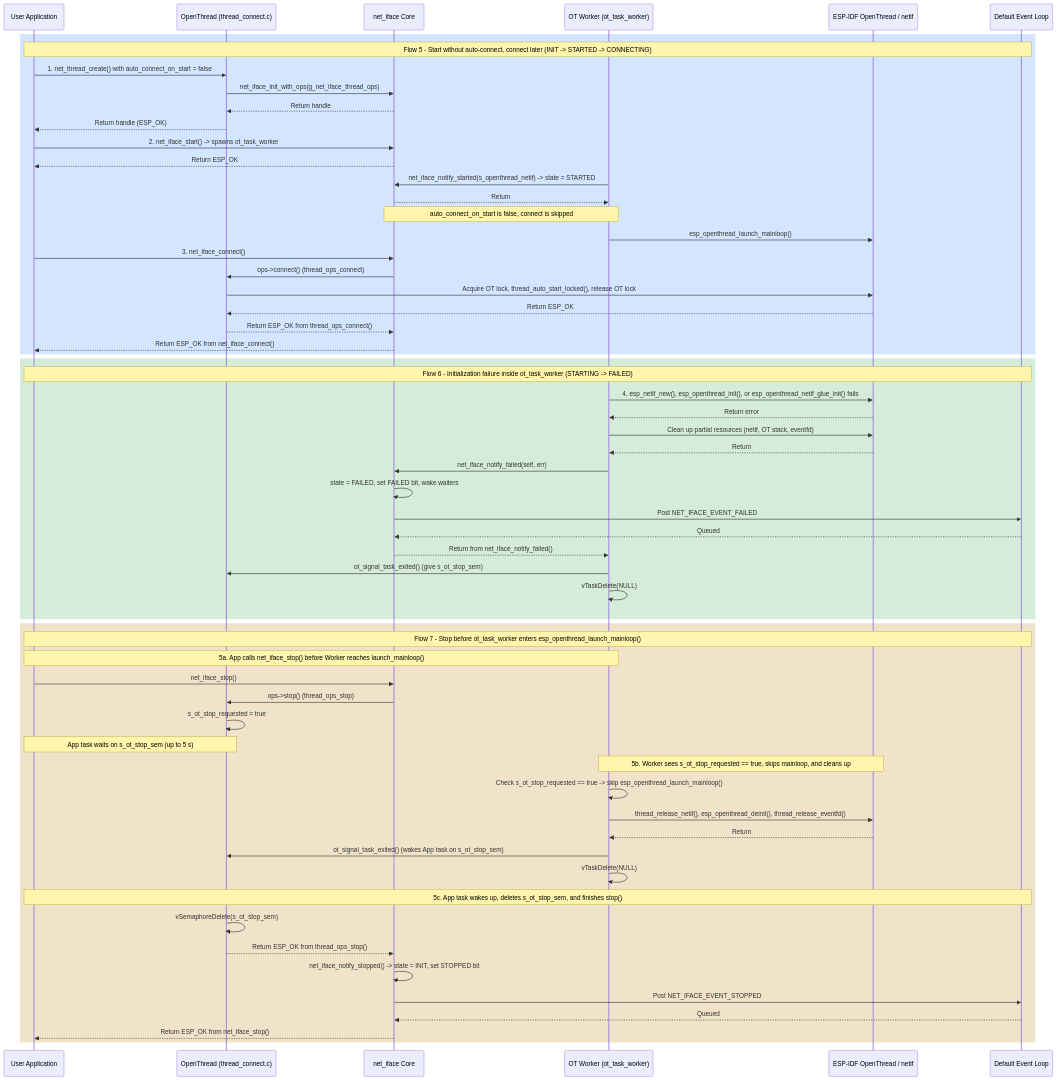
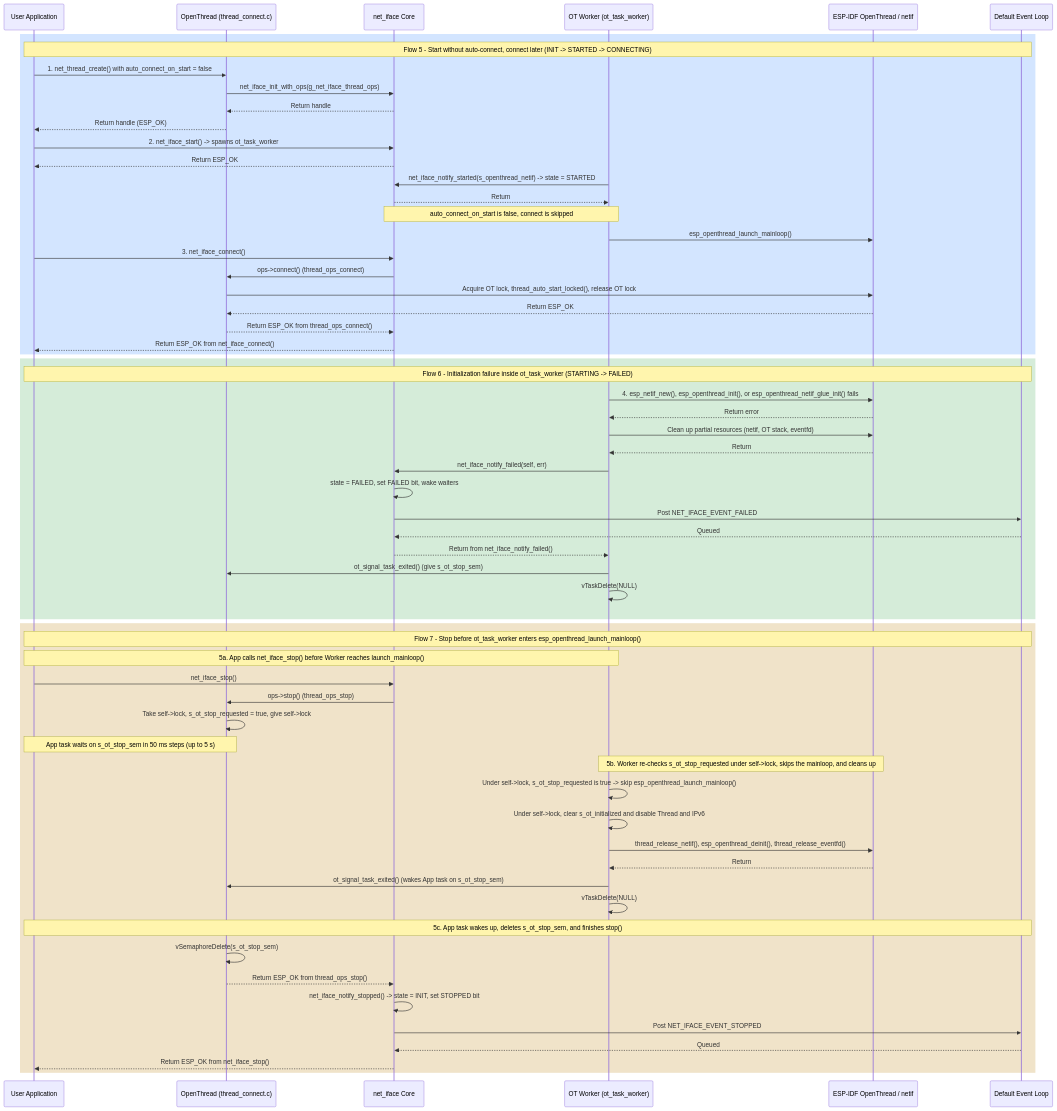
Before and after one commit to espressif/esp-protocols: the third of 4 diagrams in components/net_connect/docs/CORE_LIFECYCLE_THREAD.md, drawn with Mermaid. The commit also changed other lines of this file and 13 other files, not shown here.

````diff
--- a/components/net_connect/docs/CORE_LIFECYCLE_THREAD.md
+++ b/components/net_connect/docs/CORE_LIFECYCLE_THREAD.md
@@ -208,68 +207,69 @@
 ```mermaid
 sequenceDiagram
     participant App as User Application
     participant Thread as OpenThread (thread_connect.c)
     participant Core as net_iface Core
     participant Worker as OT Worker (ot_task_worker)
     participant IDF as ESP-IDF OpenThread / netif
     participant EventLoop as Default Event Loop
 
     rect rgba(56,139,253,0.22)
     Note over App,EventLoop: Flow 5 - Start without auto-connect, connect later (INIT -> STARTED -> CONNECTING)
     App->>Thread: 1. net_thread_create() with auto_connect_on_start = false
     Thread->>Core: net_iface_init_with_ops(g_net_iface_thread_ops)
     Core-->>Thread: Return handle
     Thread-->>App: Return handle (ESP_OK)
     App->>Core: 2. net_iface_start() -> spawns ot_task_worker
     Core-->>App: Return ESP_OK
     Worker->>Core: net_iface_notify_started(s_openthread_netif) -> state = STARTED
     Core-->>Worker: Return
     Note over Worker,Core: auto_connect_on_start is false, connect is skipped
     Worker->>IDF: esp_openthread_launch_mainloop()
     App->>Core: 3. net_iface_connect()
     Core->>Thread: ops->connect() (thread_ops_connect)
     Thread->>IDF: Acquire OT lock, thread_auto_start_locked(), release OT lock
     IDF-->>Thread: Return ESP_OK
     Thread-->>Core: Return ESP_OK from thread_ops_connect()
     Core-->>App: Return ESP_OK from net_iface_connect()
     end
 
     rect rgba(46,160,67,0.20)
     Note over App,EventLoop: Flow 6 - Initialization failure inside ot_task_worker (STARTING -> FAILED)
     Worker->>IDF: 4. esp_netif_new(), esp_openthread_init(), or esp_openthread_netif_glue_init() fails
     IDF-->>Worker: Return error
     Worker->>IDF: Clean up partial resources (netif, OT stack, eventfd)
     IDF-->>Worker: Return
     Worker->>Core: net_iface_notify_failed(self, err)
     Core->>Core: state = FAILED, set FAILED bit, wake waiters
     Core->>EventLoop: Post NET_IFACE_EVENT_FAILED
     EventLoop-->>Core: Queued
     Core-->>Worker: Return from net_iface_notify_failed()
     Worker->>Thread: ot_signal_task_exited() (give s_ot_stop_sem)
     Worker->>Worker: vTaskDelete(NULL)
     end
 
     rect rgba(187,128,9,0.22)
     Note over App,EventLoop: Flow 7 - Stop before ot_task_worker enters esp_openthread_launch_mainloop()
     Note over App,Worker: 5a. App calls net_iface_stop() before Worker reaches launch_mainloop()
     App->>Core: net_iface_stop()
     Core->>Thread: ops->stop() (thread_ops_stop)
-    Thread->>Thread: s_ot_stop_requested = true
-    Note over App,Thread: App task waits on s_ot_stop_sem (up to 5 s)
+    Thread->>Thread: Take self->lock, s_ot_stop_requested = true, give self->lock
+    Note over App,Thread: App task waits on s_ot_stop_sem in 50 ms steps (up to 5 s)
 
-    Note over Worker,IDF: 5b. Worker sees s_ot_stop_requested == true, skips mainloop, and cleans up
-    Worker->>Worker: Check s_ot_stop_requested == true -> skip esp_openthread_launch_mainloop()
+    Note over Worker,IDF: 5b. Worker re-checks s_ot_stop_requested under self->lock, skips the mainloop, and cleans up
+    Worker->>Worker: Under self->lock, s_ot_stop_requested is true -> skip esp_openthread_launch_mainloop()
+    Worker->>Worker: Under self->lock, clear s_ot_initialized and disable Thread and IPv6
     Worker->>IDF: thread_release_netif(), esp_openthread_deinit(), thread_release_eventfd()
     IDF-->>Worker: Return
     Worker->>Thread: ot_signal_task_exited() (wakes App task on s_ot_stop_sem)
     Worker->>Worker: vTaskDelete(NULL)
 
     Note over App,EventLoop: 5c. App task wakes up, deletes s_ot_stop_sem, and finishes stop()
     Thread->>Thread: vSemaphoreDelete(s_ot_stop_sem)
     Thread-->>Core: Return ESP_OK from thread_ops_stop()
     Core->>Core: net_iface_notify_stopped() -> state = INIT, set STOPPED bit
     Core->>EventLoop: Post NET_IFACE_EVENT_STOPPED
     EventLoop-->>Core: Queued
     Core-->>App: Return ESP_OK from net_iface_stop()
     end
 ```
````
